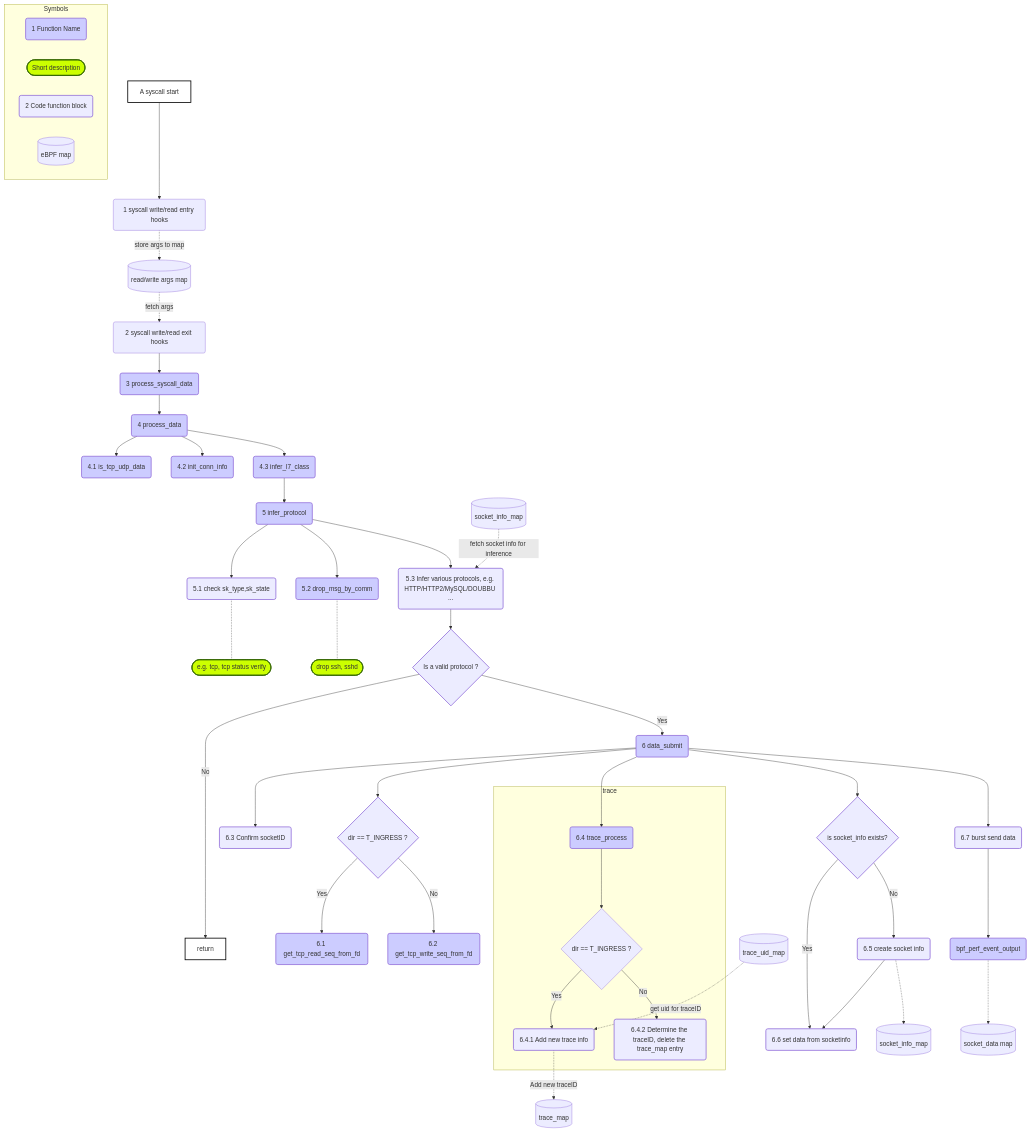
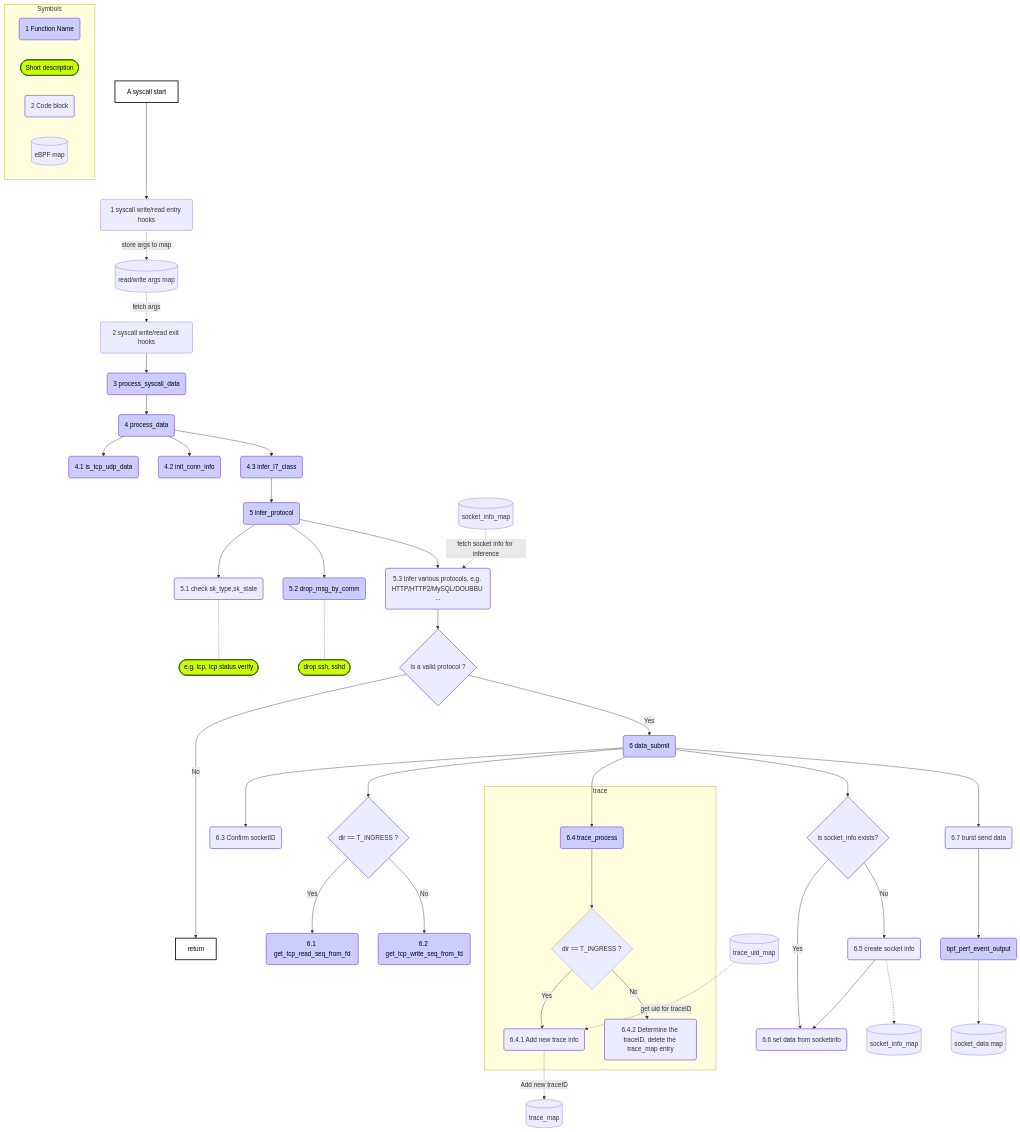
One commit to deepflowio/deepflow changed the second of 7 diagrams in agent/src/ebpf/README.md. Above: the diagram before and after it, drawn with Mermaid. The commit also changed other lines of this file, not shown here.

Commit message:
[eBPF] Update readme for flowchart drawing

````diff
--- a/agent/src/ebpf/README.md
+++ b/agent/src/ebpf/README.md
@@ -147,31 +146,31 @@
 ```mermaid
 graph TD
 subgraph Symbols
-    style illustration-func fill:#ccff, stroke-width:2px
-    style illustration-info fill:#cf0,stroke:#360,stroke-width:2px
+    style illustration-func fill:#ccff,color:#000, stroke-width:2px
+    style illustration-info fill:#cf0,color:#000,stroke:#360,stroke-width:2px
     style illustration-code-block stroke-width:2px
     illustration-func(1 Function Name)
     illustration-info([Short description])
-    illustration-code-block(2 Code function block)
+    illustration-code-block(2 Code block)
     illustration_map[(eBPF map)]
 end
-    style check_data-i fill:#cf0,stroke:#360,stroke-width:2px
-    style drop_msg_by_comm-i fill:#cf0,stroke:#360,stroke-width:2px
-    style eBPF_start fill:#fff,stroke:#000,stroke-width:2px
-    style RET fill:#fff,stroke:#000,stroke-width:2px
-    style process_syscall_data fill:#ccff, stroke-width:2px
-    style get_tcp_read_seq_from_fd fill:#ccff, stroke-width:2px
-    style get_tcp_write_seq_from_fd fill:#ccff, stroke-width:2px
-    style process_data fill:#ccff, stroke-width:2px
+    style check_data-i fill:#cf0,color:#000,stroke:#360,stroke-width:2px
+    style drop_msg_by_comm-i fill:#cf0,color:#000,stroke:#360,stroke-width:2px
+    style eBPF_start fill:#fff,color:#000,stroke:#000,stroke-width:2px
+    style RET fill:#fff,color:#000,stroke:#000,stroke-width:2px
+    style process_syscall_data fill:#ccff,color:#000, stroke-width:2px
+    style get_tcp_read_seq_from_fd fill:#ccff,color:#000, stroke-width:2px
+    style get_tcp_write_seq_from_fd fill:#ccff,color:#000, stroke-width:2px
+    style process_data fill:#ccff,color:#000, stroke-width:2px
     style trace_map__update stroke-width:2px
     style trace_map__delete stroke-width:2px
-    style is_tcp_udp_data fill:#ccff, stroke-width:2px
-    style init_conn_info fill:#ccff, stroke-width:2px
-    style inferclass fill:#ccff, stroke-width:2px
-    style drop_msg_by_comm fill:#ccff, stroke-width:2px
-    style infer_protocol fill:#ccff, stroke-width:2px
-    style bpf_perf_event_output fill:#ccff, stroke-width:2px
-    style trace_process fill:#ccff, stroke-width:2px
+    style is_tcp_udp_data fill:#ccff,color:#000, stroke-width:2px
+    style init_conn_info fill:#ccff,color:#000, stroke-width:2px
+    style inferclass fill:#ccff,color:#000, stroke-width:2px
+    style drop_msg_by_comm fill:#ccff,color:#000, stroke-width:2px
+    style infer_protocol fill:#ccff,color:#000, stroke-width:2px
+    style bpf_perf_event_output fill:#ccff,color:#000, stroke-width:2px
+    style trace_process fill:#ccff,color:#000, stroke-width:2px
     style check_data stroke-width:2px
     style create_socket_info stroke-width:2px
     style set_data_from_socket_info stroke-width:2px
@@ -181,7 +180,7 @@
     style burst_send_data stroke-width:2px
     style if_socket_info stroke-width:2px
     style socket_id stroke-width:2px
-    style data_submit fill:#ccff, stroke-width:2px
+    style data_submit fill:#ccff,color:#000, stroke-width:2px
 
     eBPF_start[A syscall start]
     syscall_entry(1 syscall write/read entry hooks)
````
